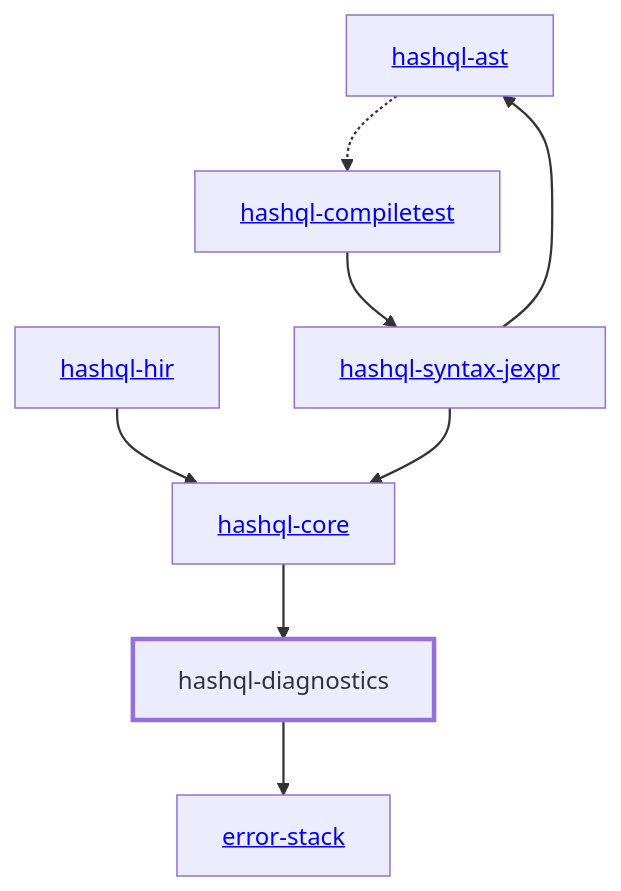
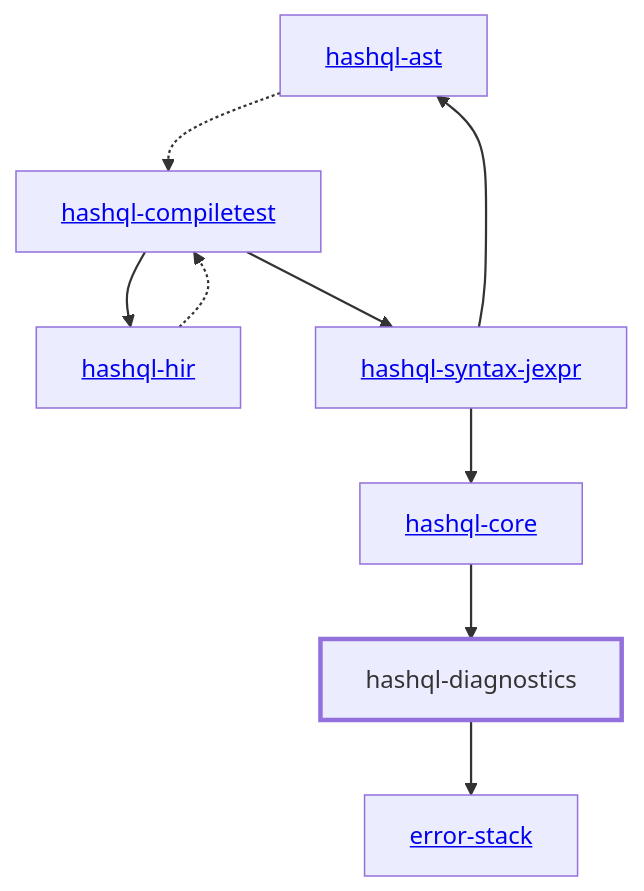
Before and after one commit to hashintel/hash: the diagram in libs/@local/hashql/diagnostics/docs/dependency-diagram.mmd, drawn with Mermaid. The commit also changed 6 other files, not shown here.

```diff
--- a/libs/@local/hashql/diagnostics/docs/dependency-diagram.mmd
+++ b/libs/@local/hashql/diagnostics/docs/dependency-diagram.mmd
@@ -1,25 +1,26 @@
 graph TD
     linkStyle default stroke-width:1.5px
     classDef default stroke-width:1px
     classDef root stroke-width:3px
     classDef dev stroke-width:1px
     classDef build stroke-width:1px
     %% Legend
     %% --> : Normal dependency
     %% -.-> : Dev dependency
     %% ---> : Build dependency
     0[<a href="../hashql_ast">hashql-ast</a>]
     1[<a href="../hashql_compiletest">hashql-compiletest</a>]
     2[<a href="../hashql_core">hashql-core</a>]
     3[hashql-diagnostics]
     class 3 root
     4[<a href="../hashql_hir">hashql-hir</a>]
     5[<a href="../hashql_syntax_jexpr">hashql-syntax-jexpr</a>]
     6[<a href="../error_stack">error-stack</a>]
     0 -.-> 1
+    1 --> 4
     1 --> 5
     2 --> 3
     3 --> 6
-    4 --> 2
+    4 -.-> 1
     5 --> 0
     5 --> 2
```
